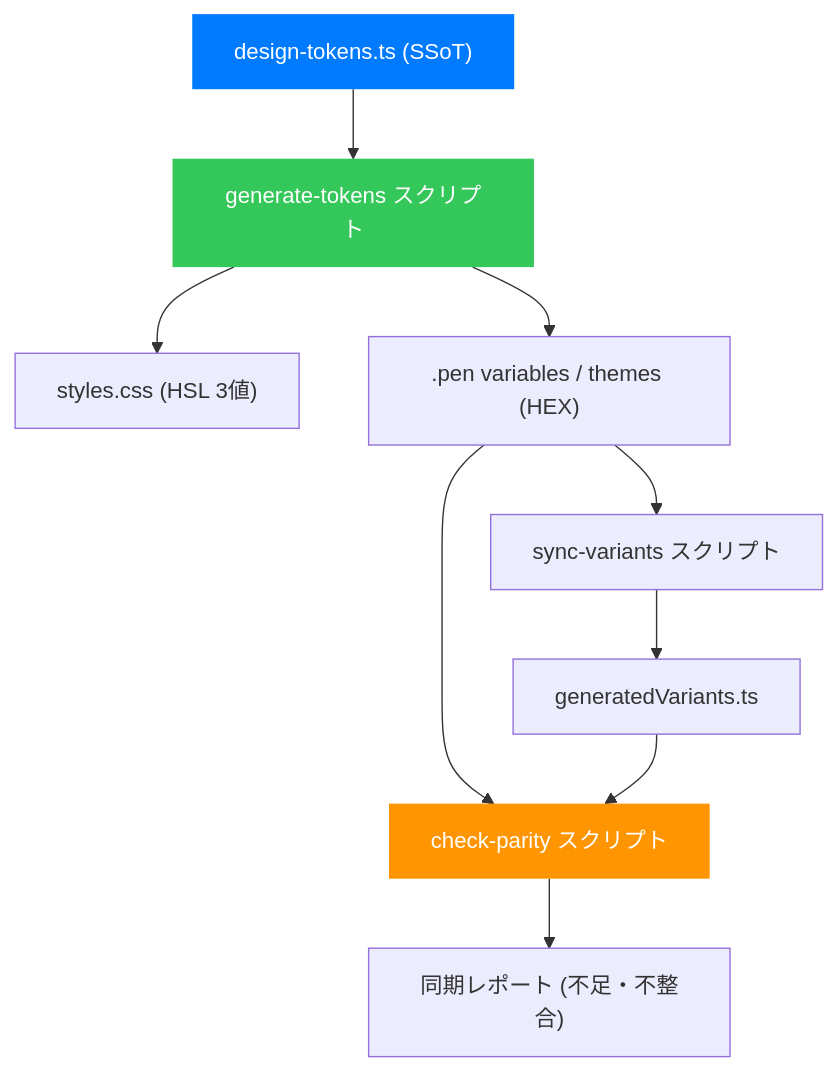
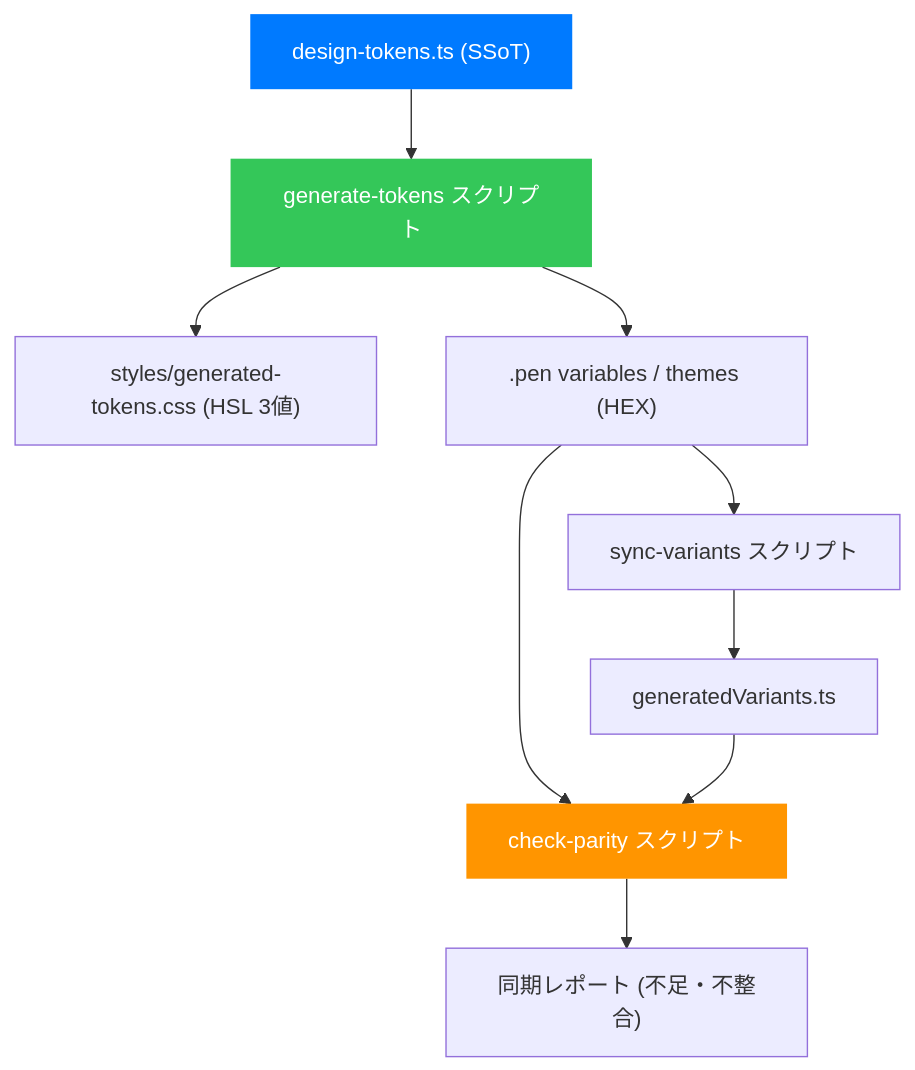
One commit to ugnoguchigxp/hono-standard changed the diagram in docs/design-system-sync-plan.md. Above: the diagram before and after it, drawn with Mermaid. The commit also changed other lines of this file and 36 other files, not shown here.

````diff
--- a/docs/design-system-sync-plan.md
+++ b/docs/design-system-sync-plan.md
@@ -21,24 +21,24 @@
 ```mermaid
 graph TD
     SSoT["design-tokens.ts (SSoT)"]
     GenScript["generate-tokens スクリプト"]
-    CSS["styles.css (HSL 3値)"]
+    CSS["styles/generated-tokens.css (HSL 3値)"]
     PEN[".pen variables / themes (HEX)"]
     SyncScript["sync-variants スクリプト"]
     GenVariants["generatedVariants.ts"]
     CheckScript["check-parity スクリプト"]
     Report["同期レポート (不足・不整合)"]
 
     SSoT --> GenScript
     GenScript --> CSS
     GenScript --> PEN
     PEN --> SyncScript
     SyncScript --> GenVariants
     PEN --> CheckScript
     GenVariants --> CheckScript
     CheckScript --> Report
 
     style SSoT fill:#007AFF,color:#fff,stroke:none
     style GenScript fill:#34C759,color:#fff,stroke:none
     style CheckScript fill:#FF9500,color:#fff,stroke:none
 ```
````
